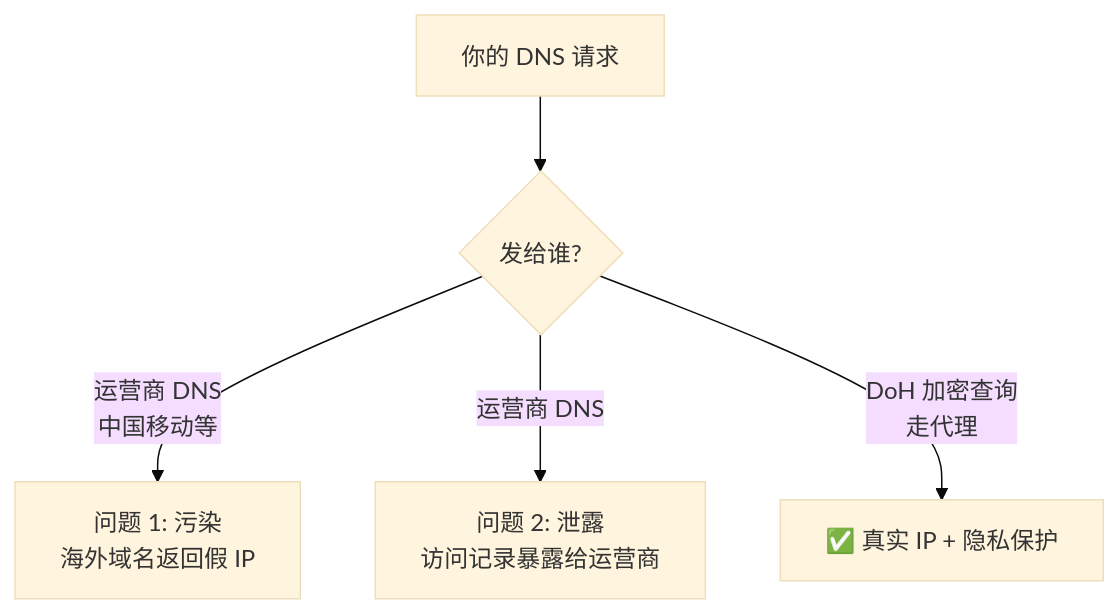
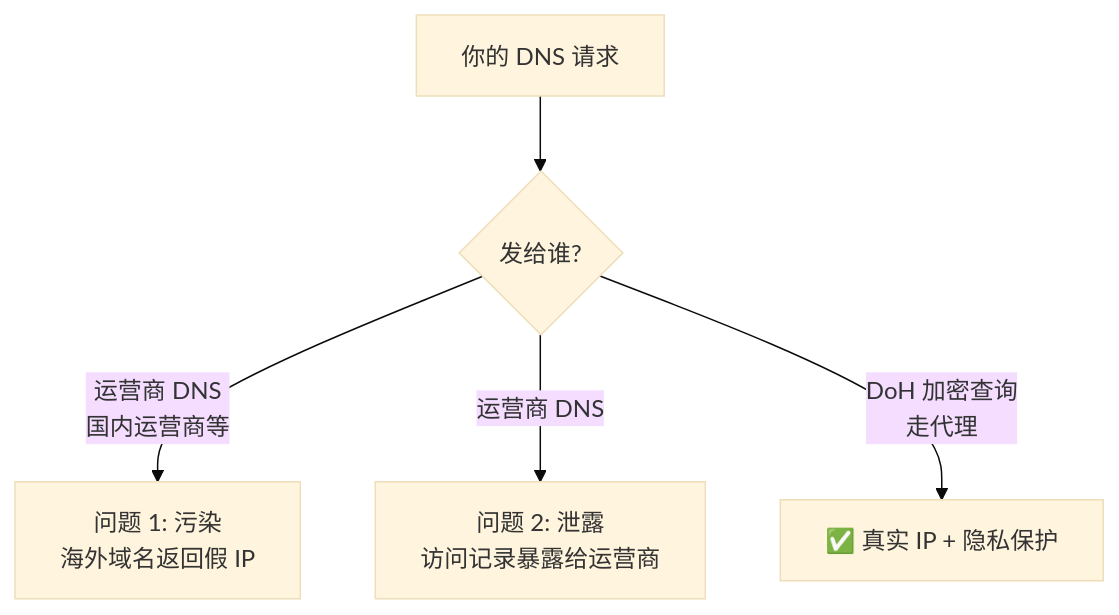
The second of 5 diagrams in docs/course/05-dns-override.md (y-gougou/nimo-site), drawn with Mermaid (base theme) before and after one commit. The commit also changed 3 other files, not shown here.

````diff
--- a/docs/course/05-dns-override.md
+++ b/docs/course/05-dns-override.md
@@ -28,7 +28,7 @@
 ```mermaid
 flowchart TD
     A[你的 DNS 请求] --> B{发给谁?}
-    B -->|运营商 DNS<br>中国移动等| C[问题 1: 污染<br>海外域名返回假 IP]
+    B -->|运营商 DNS<br>国内运营商等| C[问题 1: 污染<br>海外域名返回假 IP]
     B -->|运营商 DNS| D[问题 2: 泄露<br>访问记录暴露给运营商]
     B -->|DoH 加密查询<br>走代理| E[✅ 真实 IP + 隐私保护]
 ```
````
